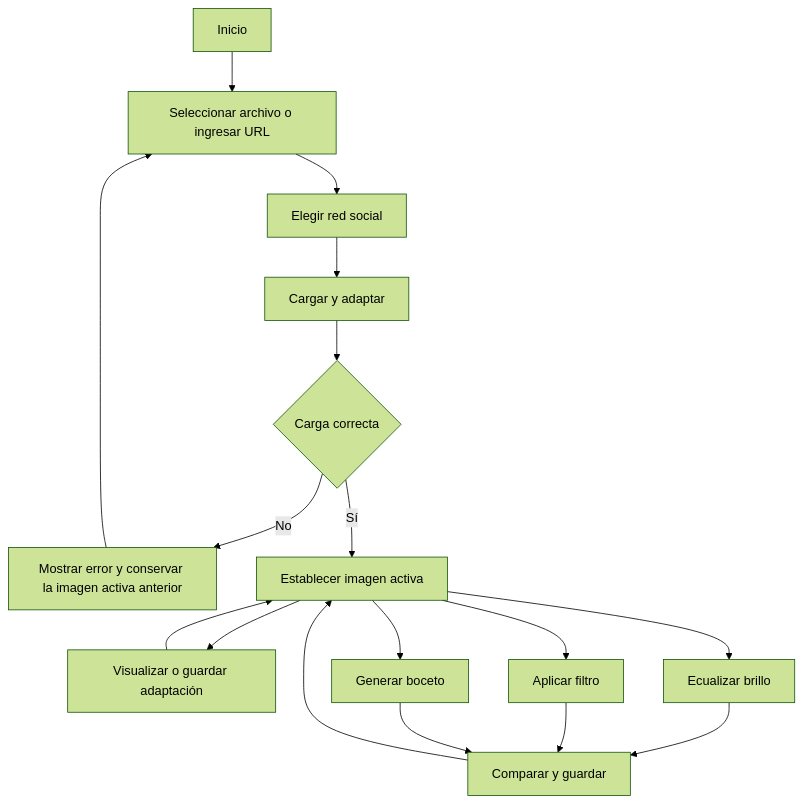
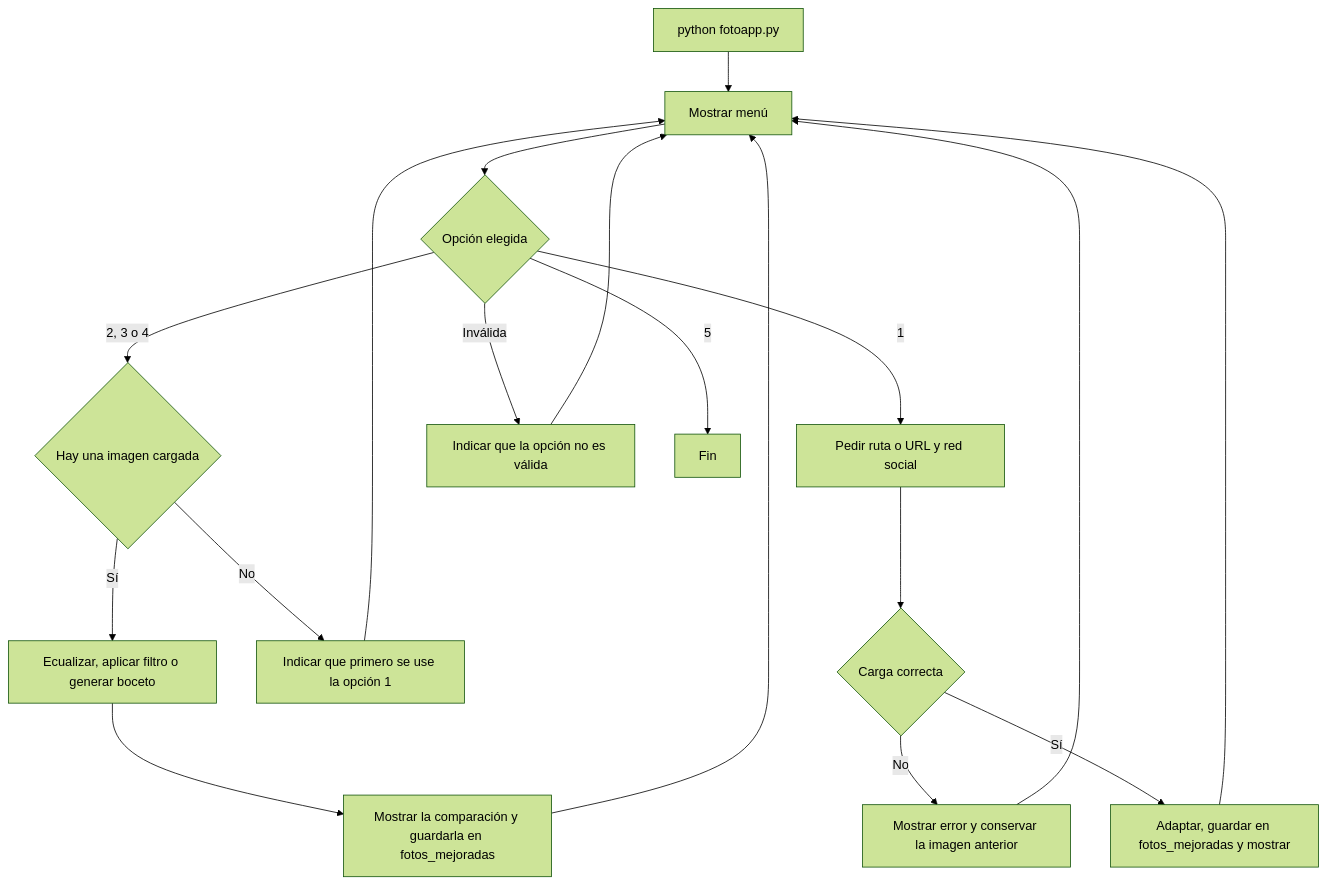
One commit to cristianfloyd/fotoapp changed the diagram in README.md. Above: the diagram before and after it, drawn with Mermaid (forest theme). The commit also changed other lines of this file and 55 other files, not shown here.

Commit message:
feat: menú por consola en fotoapp.py y resultados en fotos_mejoradas

````diff
--- a/README.md
+++ b/README.md
@@ -56,19 +41,20 @@
 ```mermaid
 flowchart TD
-    A[Inicio] --> B[Seleccionar archivo o ingresar URL]
-    B --> C[Elegir red social]
-    C --> D[Cargar y adaptar]
-    D --> E{Carga correcta}
-    E -->|No| F[Mostrar error y conservar la imagen activa anterior]
-    F --> B
-    E -->|Sí| G[Establecer imagen activa]
-    G --> H[Visualizar o guardar adaptación]
-    G --> I[Ecualizar brillo]
-    G --> J[Aplicar filtro]
-    G --> K[Generar boceto]
-    I --> L[Comparar y guardar]
-    J --> L
-    K --> L
-    L --> G
-    H --> G
+    A[python fotoapp.py] --> M[Mostrar menú]
+    M --> O{Opción elegida}
+    O -->|1| C[Pedir ruta o URL y red social]
+    C --> D{Carga correcta}
+    D -->|Sí| E[Adaptar, guardar en fotos_mejoradas y mostrar]
+    D -->|No| F[Mostrar error y conservar la imagen anterior]
+    O -->|2, 3 o 4| G{Hay una imagen cargada}
+    G -->|No| H[Indicar que primero se use la opción 1]
+    G -->|Sí| P[Ecualizar, aplicar filtro o generar boceto]
+    P --> Q[Mostrar la comparación y guardarla en fotos_mejoradas]
+    O -->|Inválida| I[Indicar que la opción no es válida]
+    E --> M
+    F --> M
+    H --> M
+    Q --> M
+    I --> M
+    O -->|5| Z[Fin]
 ```
````
